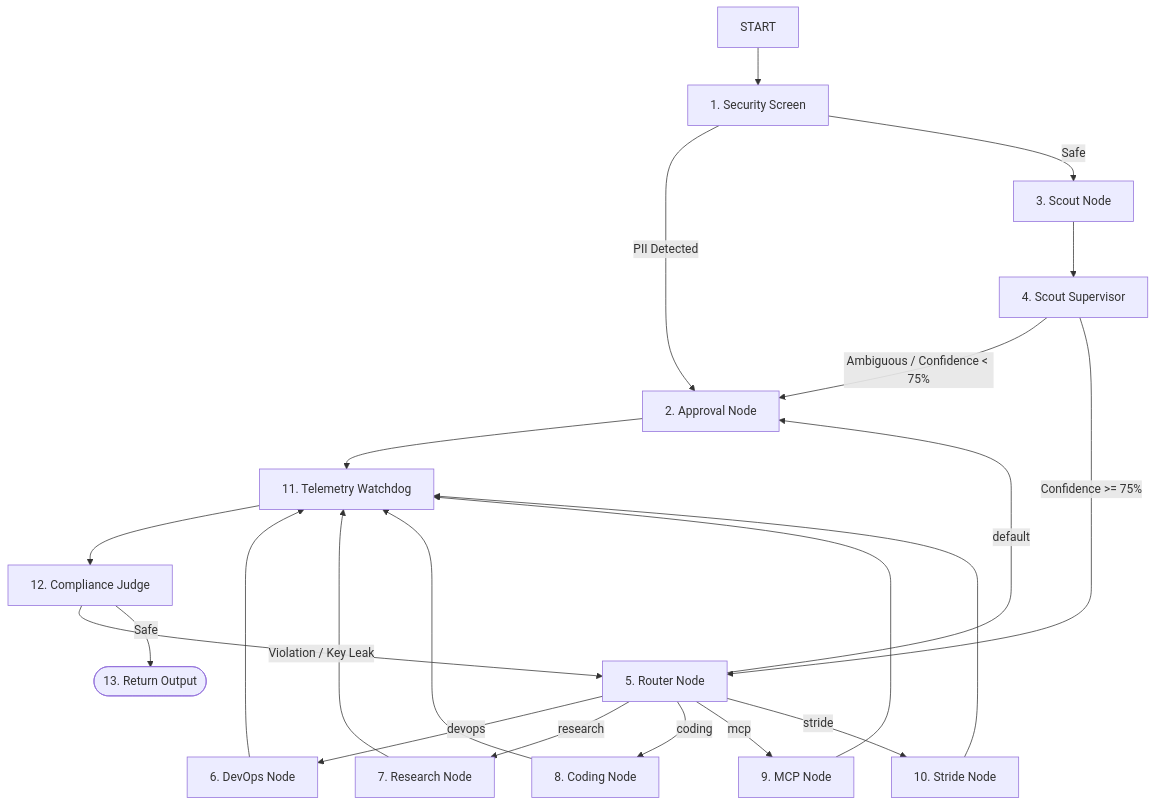
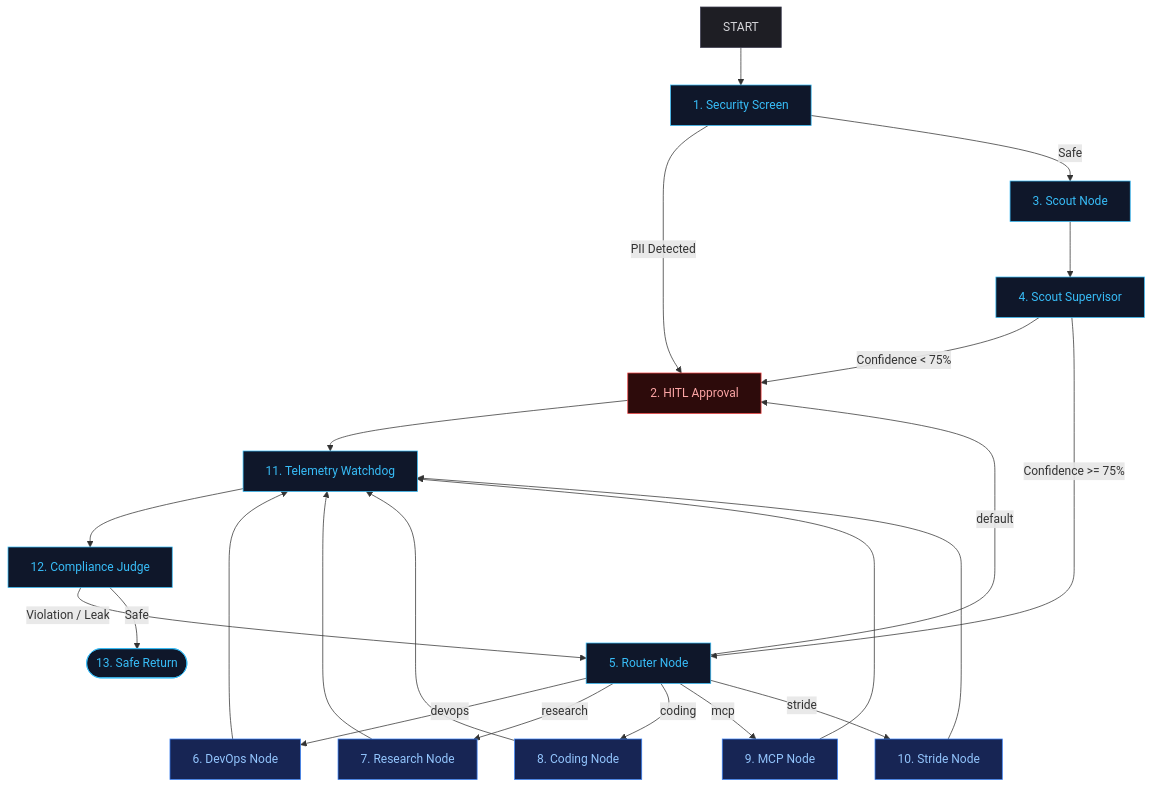
One commit to ryemyster/capability-arbitrator changed the diagram in docs/ARCHITECTURE.md. Above: the diagram before and after it, drawn with Mermaid. The commit also changed other lines of this file and 9 other files, not shown here.

````diff
--- a/docs/ARCHITECTURE.md
+++ b/docs/ARCHITECTURE.md
@@ -42,27 +20,32 @@
 ```mermaid
 graph TD
-    START --> SecScreen[1. Security Screen]
-    SecScreen -->|PII Detected| Approval[2. Approval Node]
-    SecScreen -->|Safe| Scout[3. Scout Node]
-    Scout --> Supervisor[4. Scout Supervisor]
-    Supervisor -->|Ambiguous / Confidence < 75%| Approval
-    Supervisor -->|Confidence >= 75%| Router[5. Router Node]
+    classDef default fill:#1e1e24,stroke:#3b3b4f,stroke-width:1px,color:#d4d4d8;
+    classDef system fill:#0f172a,stroke:#38bdf8,stroke-width:1px,color:#38bdf8;
+    classDef branch fill:#172554,stroke:#3b82f6,stroke-width:1px,color:#93c5fd;
+    classDef gate fill:#2d0b0b,stroke:#ef4444,stroke-width:1px,color:#fca5a5;
+
+    START --> SecScreen[1. Security Screen]:::system
+    SecScreen -->|PII Detected| Approval[2. HITL Approval]:::gate
+    SecScreen -->|Safe| Scout[3. Scout Node]:::system
+    Scout --> Supervisor[4. Scout Supervisor]:::system
+    Supervisor -->|Confidence < 75%| Approval
+    Supervisor -->|Confidence >= 75%| Router[5. Router Node]:::system
     
-    Router -->|devops| DevOps[6. DevOps Node]
-    Router -->|research| Research[7. Research Node]
-    Router -->|coding| Coding[8. Coding Node]
-    Router -->|mcp| MCP[9. MCP Node]
-    Router -->|stride| Stride[10. Stride Node]
+    Router -->|devops| DevOps[6. DevOps Node]:::branch
+    Router -->|research| Research[7. Research Node]:::branch
+    Router -->|coding| Coding[8. Coding Node]:::branch
+    Router -->|mcp| MCP[9. MCP Node]:::branch
+    Router -->|stride| Stride[10. Stride Node]:::branch
     Router -->|default| Approval
     
-    DevOps --> Watchdog[11. Telemetry Watchdog]
+    DevOps --> Watchdog[11. Telemetry Watchdog]:::system
     Research --> Watchdog
     Coding --> Watchdog
     MCP --> Watchdog
     Stride --> Watchdog
     Approval --> Watchdog
     
-    Watchdog --> Judge[12. Compliance Judge]
-    Judge -->|Violation / Key Leak| Router
-    Judge -->|Safe| END([13. Return Output])
+    Watchdog --> Judge[12. Compliance Judge]:::system
+    Judge -->|Violation / Leak| Router
+    Judge -->|Safe| END([13. Safe Return]):::system
 ```
````
